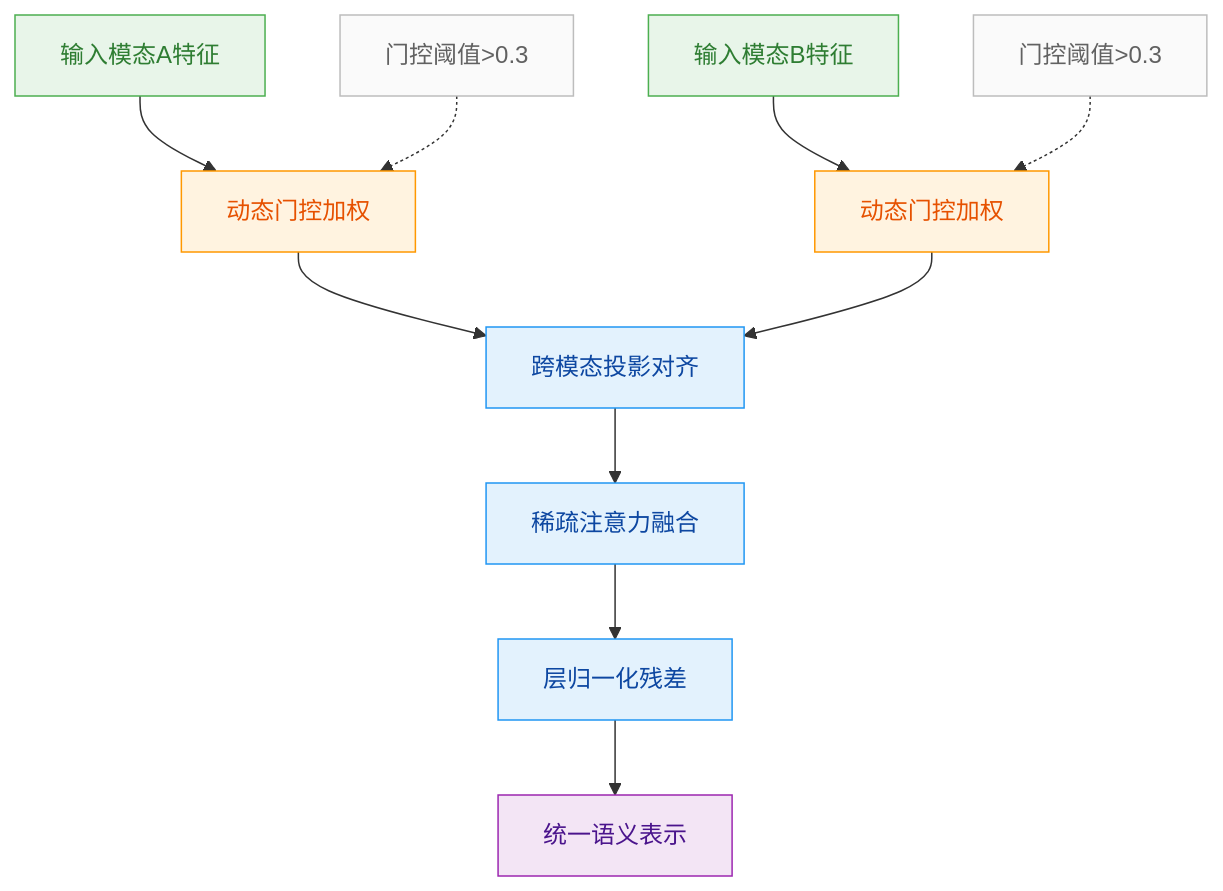
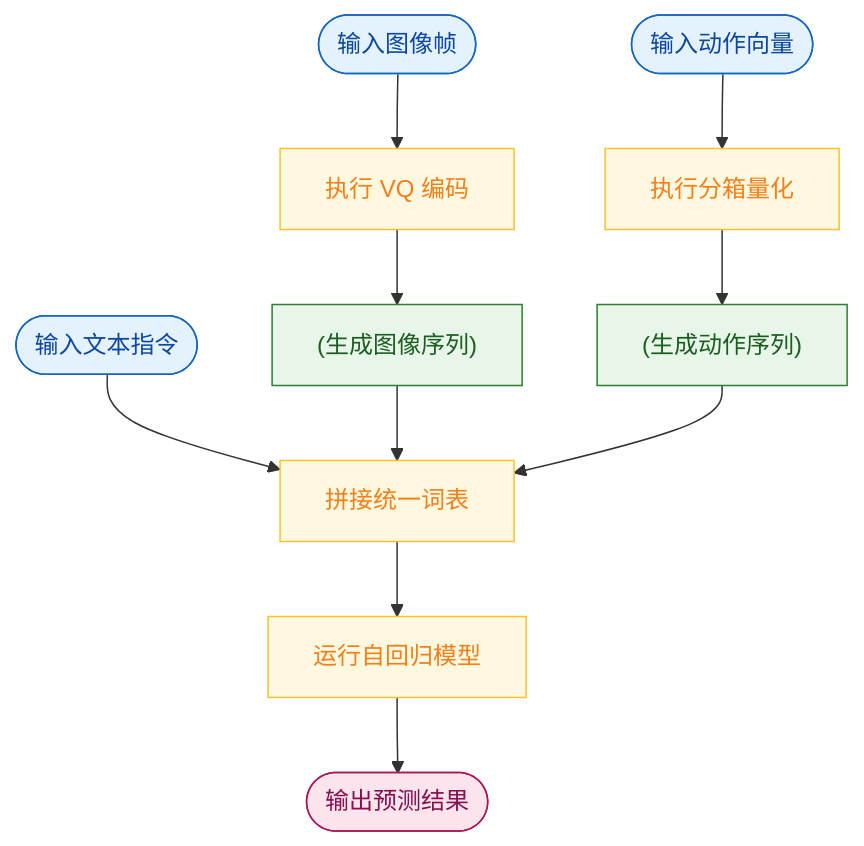
One commit to ShinewineW/paper-rolling changed the eighth of 10 diagrams in person_vault/2026-06-08_WorldVLA_2506.21539/report.md. Above: the diagram before and after it, drawn with Mermaid. The commit also changed other lines of this file and 51 other files, not shown here.

````diff
--- a/person_vault/2026-06-08_WorldVLA_2506.21539/report.md
+++ b/person_vault/2026-06-08_WorldVLA_2506.21539/report.md
@@ -357,19 +525,20 @@
 ```mermaid
-flowchart TB
-    classDef input fill:#e8f5e9,color:#2e7d32,stroke:#4caf50
-    classDef gate fill:#fff3e0,color:#e65100,stroke:#ff9800
-    classDef core fill:#e3f2fd,color:#0d47a1,stroke:#2196f3
-    classDef output fill:#f3e5f5,color:#4a148c,stroke:#9c27b0
+flowchart TD
+  classDef input fill:#e3f2fd,color:#0d47a1,stroke:#1565c0;
+  classDef process fill:#fff8e1,color:#f57f17,stroke:#fbc02d;
+  classDef data fill:#e8f5e9,color:#1b5e20,stroke:#2e7d32;
+  classDef output fill:#fce4ec,color:#880e4f,stroke:#ad1457;
 
-    raw_modal_a["输入模态A特征"]:::input --> gate_a["动态门控加权"]:::gate
-    raw_modal_b["输入模态B特征"]:::input --> gate_b["动态门控加权"]:::gate
-    gate_a --> align_proj["跨模态投影对齐"]:::core
-    gate_b --> align_proj
-    align_proj --> sparse_attn["稀疏注意力融合"]:::core
-    sparse_attn --> norm_layer["层归一化残差"]:::core
-    norm_layer --> final_repr["统一语义表示"]:::output
+  img_frame(["输入图像帧"]):::input --> vq_encode["执行 VQ 编码"]:::process
+  act_vec(["输入动作向量"]):::input --> act_quant["执行分箱量化"]:::process
+  txt_cmd(["输入文本指令"]):::input --> vocab_merge["拼接统一词表"]:::process
 
-    classDef note fill:#fafafa,color:#616161,stroke:#bdbdbd
-    note1["门控阈值>0.3"]:::note -.-> gate_a
-    note2["门控阈值>0.3"]:::note -.-> gate_b
+  vq_encode --> img_seq["(生成图像序列)"]:::data
+  act_quant --> act_seq["(生成动作序列)"]:::data
+
+  img_seq --> vocab_merge
+  act_seq --> vocab_merge
+
+  vocab_merge --> llm_infer["运行自回归模型"]:::process
+  llm_infer --> predict_out(["输出预测结果"]):::output
 ```
````
